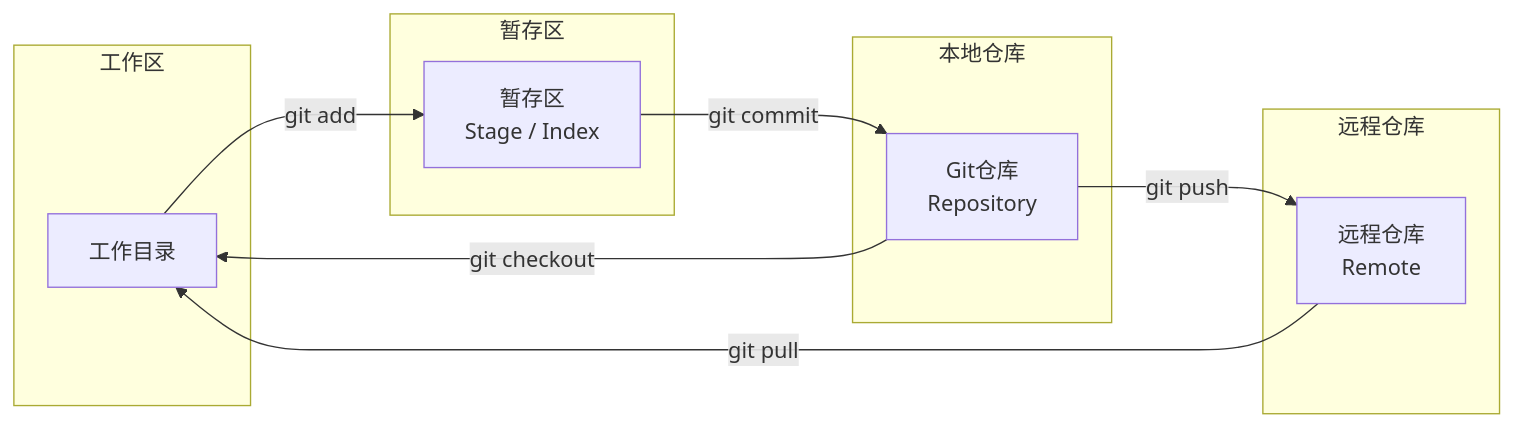
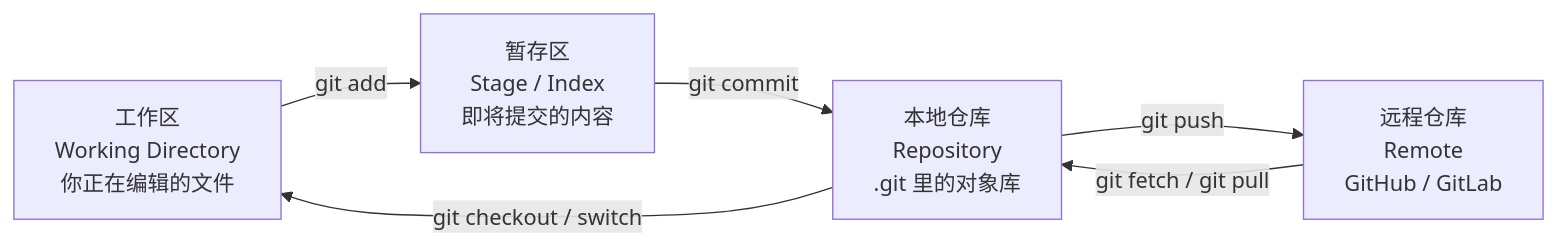
Before and after one commit to before80/prgms: the second of 3 diagrams in content/linux/version_ctrl/Chapter-55-Git-Basics.md, drawn with Mermaid. The commit also changed other lines of this file and 1645 other files, not shown here.

````diff
--- a/content/linux/version_ctrl/Chapter-55-Git-Basics.md
+++ b/content/linux/version_ctrl/Chapter-55-Git-Basics.md
@@ -73,24 +65,8 @@
 ```mermaid
 graph LR
-    subgraph 工作区
-        A[工作目录]
-    end
-    
-    subgraph 暂存区
-        B[暂存区<br/>Stage / Index]
-    end
-    
-    subgraph 本地仓库
-        C[Git仓库<br/>Repository]
-    end
-    
-    subgraph 远程仓库
-        D[远程仓库<br/>Remote]
-    end
-    
-    A -->|git add| B
-    B -->|git commit| C
-    C -->|git push| D
-    D -->|git pull| A
-    C -->|git checkout| A
+    A["工作区<br>Working Directory<br>你正在编辑的文件"] -->|git add| B["暂存区<br>Stage / Index<br>即将提交的内容"]
+    B -->|git commit| C["本地仓库<br>Repository<br>.git 里的对象库"]
+    C -->|git push| D["远程仓库<br>Remote<br>GitHub / GitLab"]
+    D -->|git fetch / git pull| C
+    C -->|git checkout / switch| A
 ```
````
